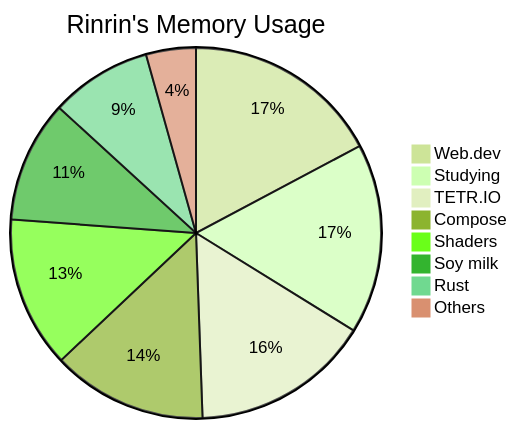
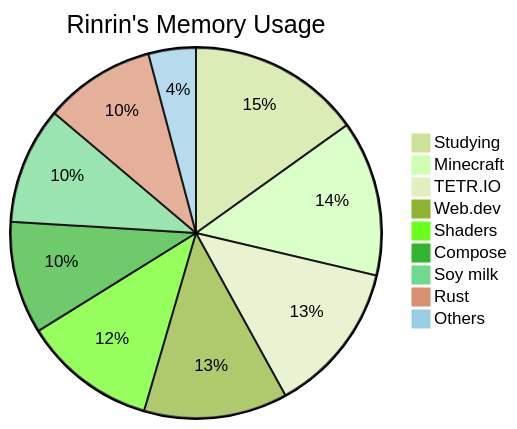
One commit to Rinrin0413/Rinrin0413 changed the diagram in README.md. Above: the diagram before and after it, drawn with Mermaid (forest theme).

Commit message:
🐸 Update: Rinrin's Memory Usage

````diff
--- a/README.md
+++ b/README.md
@@ -75,11 +75,12 @@
 ```mermaid
 pie title Rinrin's Memory Usage
-    "Web.dev": 107
-    "Studying": 103
-    "TETR.IO": 97
-    "Compose": 84
-    "Shaders": 82
-    "Soy milk": 66
-    "Rust": 55
-    "Others": 27
+    "Studying": 117
+    "Minecraft": 105
+    "TETR.IO": 103
+    "Web.dev": 97
+    "Shaders": 90
+    "Compose": 76
+    "Soy milk": 79
+    "Rust": 75
+    "Others": 32
 ```
````
